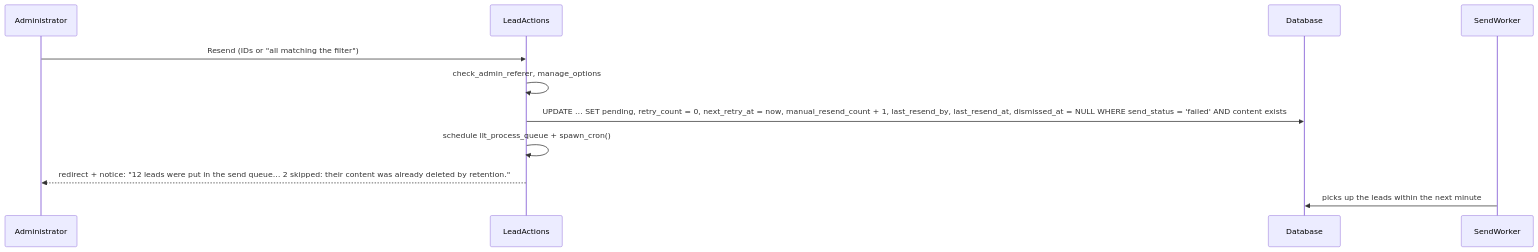
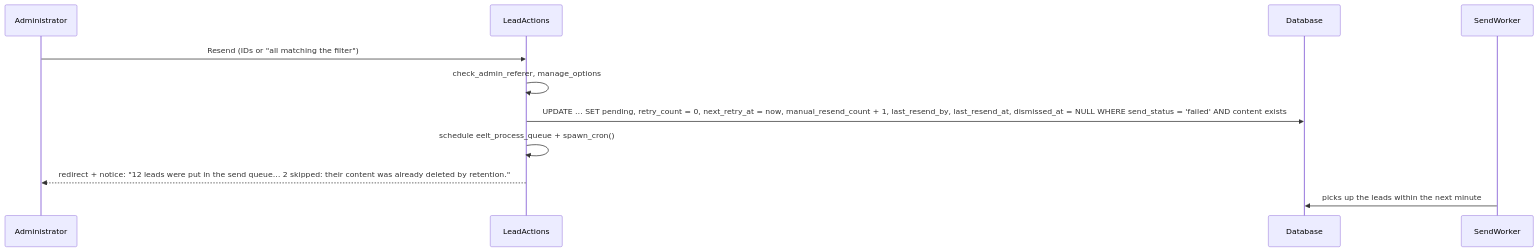
One commit to gzalinski/email-leads-tracker changed the sixth of 6 diagrams in docs/ARCHITECTURE.md. Above: the diagram before and after it, drawn with Mermaid. The commit also changed other lines of this file and 67 other files, not shown here.

````diff
--- a/docs/ARCHITECTURE.md
+++ b/docs/ARCHITECTURE.md
@@ -940,14 +940,14 @@
 ```mermaid
 sequenceDiagram
     participant A as Administrator
     participant LA as LeadActions
     participant DB as Database
     participant SW as SendWorker
 
     A->>LA: Resend (IDs or "all matching the filter")
     LA->>LA: check_admin_referer, manage_options
     LA->>DB: UPDATE … SET pending, retry_count = 0, next_retry_at = now, manual_resend_count + 1, last_resend_by, last_resend_at, dismissed_at = NULL WHERE send_status = 'failed' AND content exists
-    LA->>LA: schedule llt_process_queue + spawn_cron()
+    LA->>LA: schedule eelt_process_queue + spawn_cron()
     LA-->>A: redirect + notice: "12 leads were put in the send queue… 2 skipped: their content was already deleted by retention."
     SW->>DB: picks up the leads within the next minute
 ```
````
